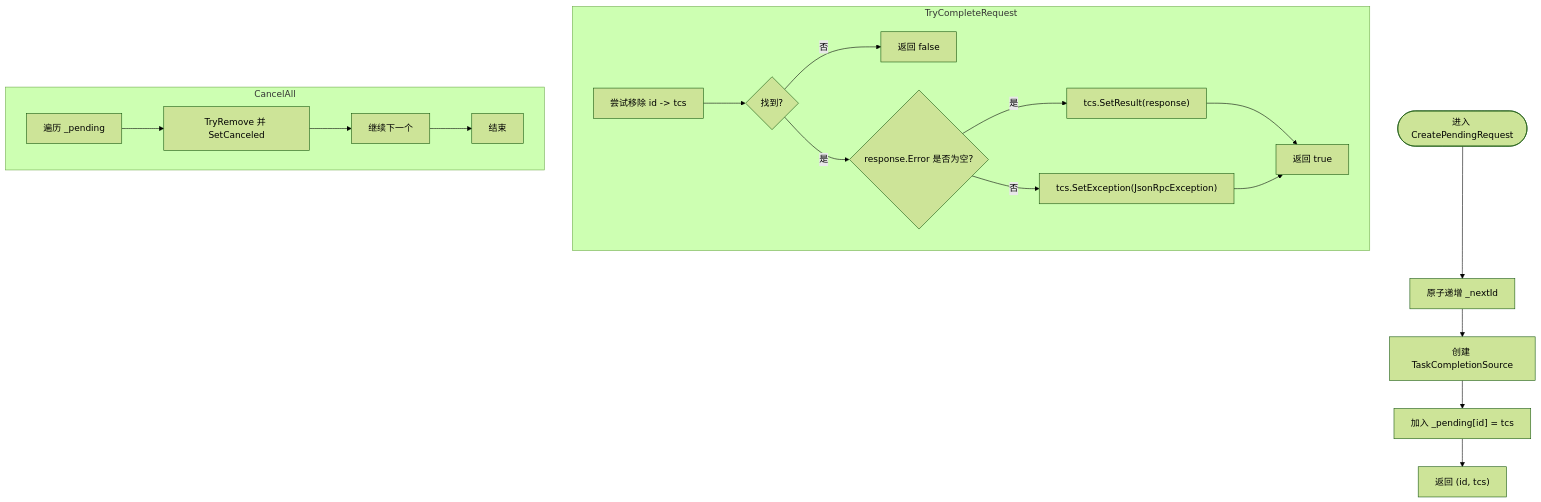
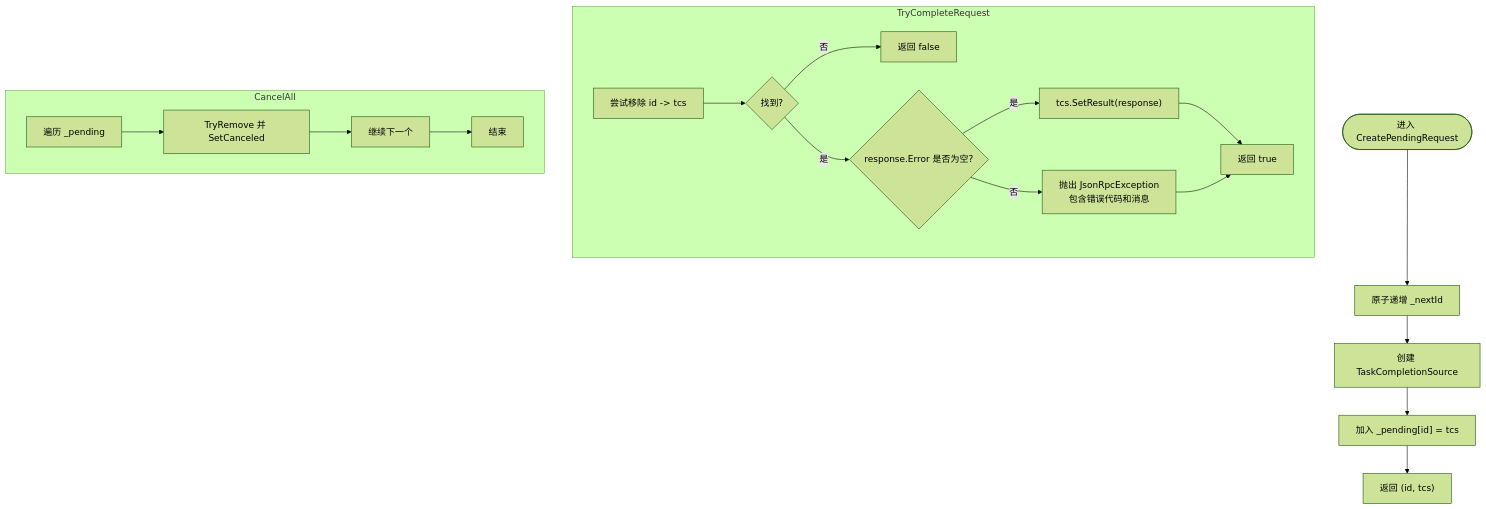
One commit to AgenticDesktop/ACPLibrary changed the fourth of 7 diagrams in .qoder/repowiki/zh/content/协议层/协议层.md. Above: the diagram before and after it, drawn with Mermaid (forest theme). The commit also changed other lines of this file and 22 other files, not shown here.

````diff
--- a/.qoder/repowiki/zh/content/协议层/协议层.md
+++ b/.qoder/repowiki/zh/content/协议层/协议层.md
@@ -206,21 +237,21 @@
 ```mermaid
 flowchart TD
 Start(["进入 CreatePendingRequest"]) --> Inc["原子递增 _nextId"]
 Inc --> NewTCS["创建 TaskCompletionSource<JsonRpcResponse>"]
 NewTCS --> AddMap["加入 _pending[id] = tcs"]
 AddMap --> Return["返回 (id, tcs)"]
 subgraph "TryCompleteRequest"
 CStart["尝试移除 id -> tcs"] --> Found{"找到?"}
 Found --> |否| False["返回 false"]
 Found --> |是| CheckErr{"response.Error 是否为空?"}
 CheckErr --> |是| SetRes["tcs.SetResult(response)"]
-CheckErr --> |否| SetEx["tcs.SetException(JsonRpcException)"]
+CheckErr --> |否| ThrowExc["抛出 JsonRpcException<br/>包含错误代码和消息"]
 SetRes --> True["返回 true"]
-SetEx --> True
+ThrowExc --> True
 end
 subgraph "CancelAll"
 KStart["遍历 _pending"] --> Remove["TryRemove 并 SetCanceled"]
 Remove --> EndK["继续下一个"]
 EndK --> Done["结束"]
 end
 ```
````
